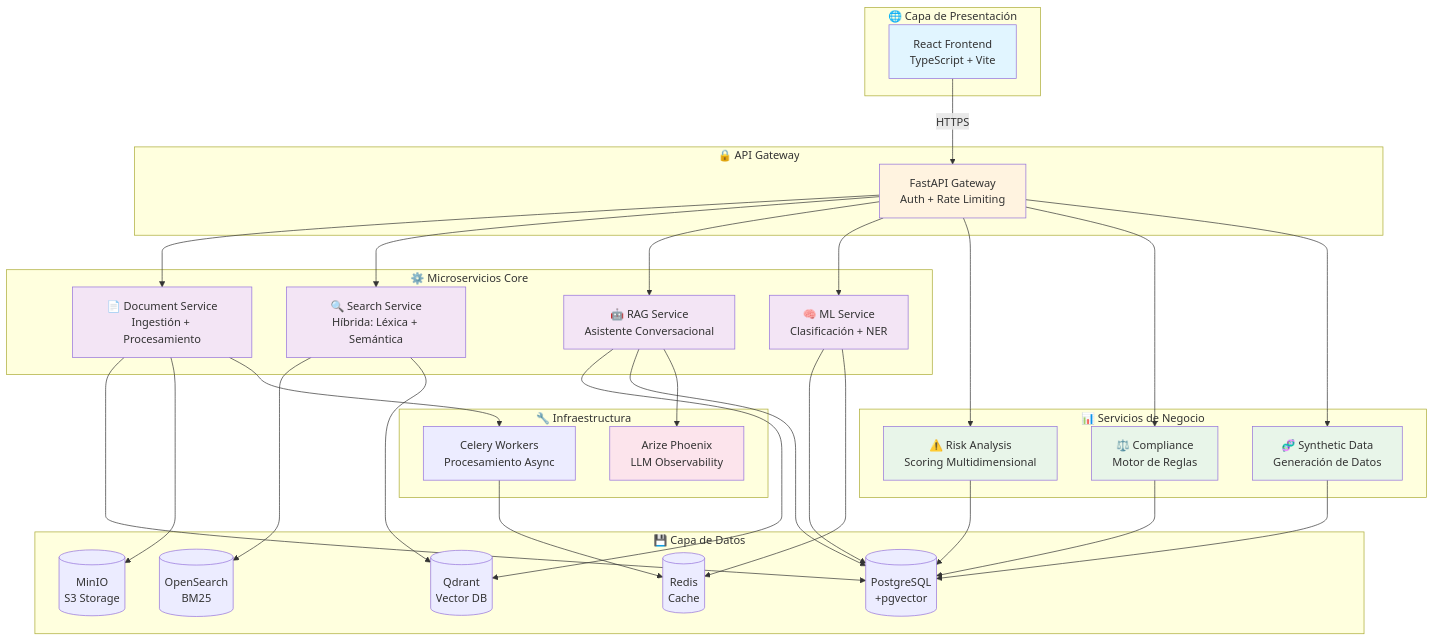
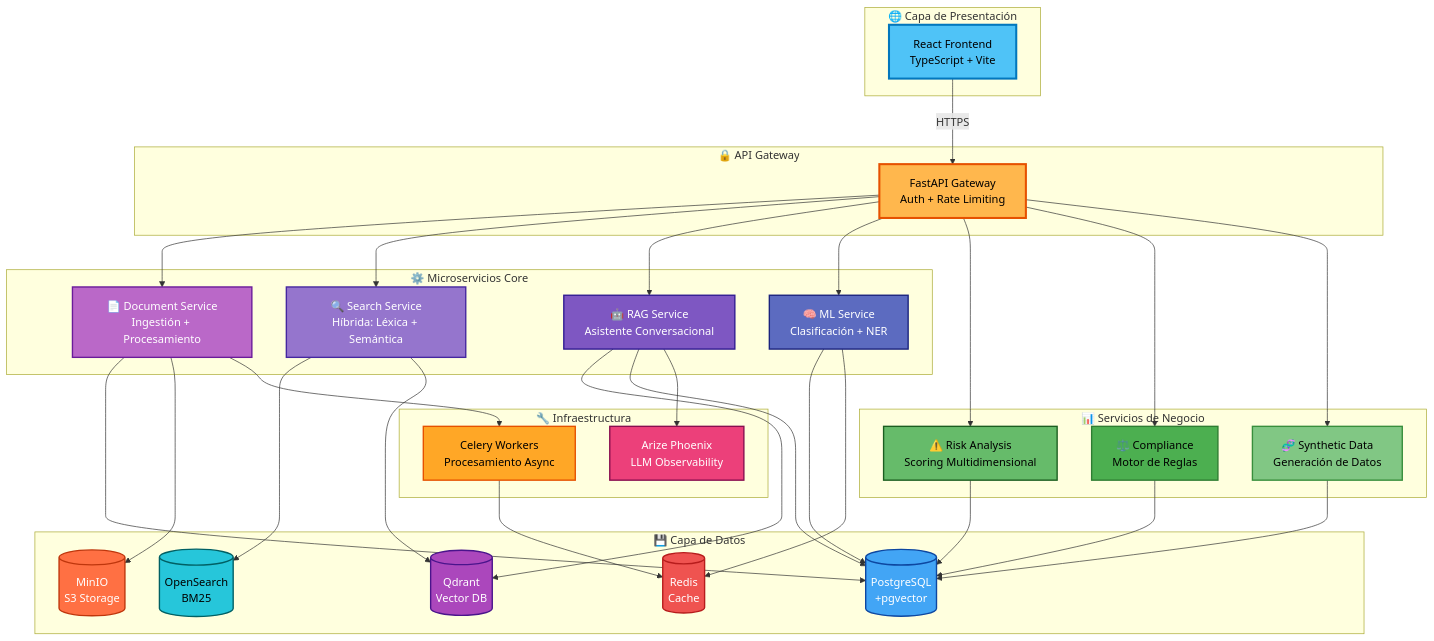
Before and after one commit to rjamoriz/Sistema-Corporativo-Documental-con-Capacidades-de-IA: the first of 3 diagrams in README.md, drawn with Mermaid. The commit also changed other lines of this file, not shown here.

Commit message:
Mejora colores de diagramas Mermaid para mejor visibilidad en modo oscuro

````diff
--- a/README.md
+++ b/README.md
@@ -49,76 +49,82 @@
 ```mermaid
 graph TB
     subgraph "🌐 Capa de Presentación"
         UI[React Frontend<br/>TypeScript + Vite]
     end
     
     subgraph "🔒 API Gateway"
         API[FastAPI Gateway<br/>Auth + Rate Limiting]
     end
     
     subgraph "⚙️ Microservicios Core"
         DOC[📄 Document Service<br/>Ingestión + Procesamiento]
         SEARCH[🔍 Search Service<br/>Híbrida: Léxica + Semántica]
         RAG[🤖 RAG Service<br/>Asistente Conversacional]
         ML[🧠 ML Service<br/>Clasificación + NER]
     end
     
     subgraph "📊 Servicios de Negocio"
         RISK[⚠️ Risk Analysis<br/>Scoring Multidimensional]
         COMP[⚖️ Compliance<br/>Motor de Reglas]
         SYNTH[🧬 Synthetic Data<br/>Generación de Datos]
     end
     
     subgraph "💾 Capa de Datos"
         PG[(PostgreSQL<br/>+pgvector)]
         OS[(OpenSearch<br/>BM25)]
         REDIS[(Redis<br/>Cache)]
         MINIO[(MinIO<br/>S3 Storage)]
         QDRANT[(Qdrant<br/>Vector DB)]
     end
     
     subgraph "🔧 Infraestructura"
         CELERY[Celery Workers<br/>Procesamiento Async]
         PHOENIX[Arize Phoenix<br/>LLM Observability]
     end
     
     UI -->|HTTPS| API
     API --> DOC
     API --> SEARCH
     API --> RAG
     API --> ML
     API --> RISK
     API --> COMP
     API --> SYNTH
     
     DOC --> PG
     DOC --> MINIO
     DOC --> CELERY
     
     SEARCH --> OS
     SEARCH --> QDRANT
     
     RAG --> QDRANT
     RAG --> PG
     RAG --> PHOENIX
     
     ML --> PG
     ML --> REDIS
     
     RISK --> PG
     COMP --> PG
     SYNTH --> PG
     
     CELERY --> REDIS
     
-    style UI fill:#e1f5ff
-    style API fill:#fff3e0
-    style DOC fill:#f3e5f5
-    style SEARCH fill:#f3e5f5
-    style RAG fill:#f3e5f5
-    style ML fill:#f3e5f5
-    style RISK fill:#e8f5e9
-    style COMP fill:#e8f5e9
-    style SYNTH fill:#e8f5e9
-    style PHOENIX fill:#fce4ec
+    style UI fill:#4FC3F7,stroke:#0277BD,stroke-width:3px,color:#000
+    style API fill:#FFB74D,stroke:#E65100,stroke-width:3px,color:#000
+    style DOC fill:#BA68C8,stroke:#6A1B9A,stroke-width:2px,color:#fff
+    style SEARCH fill:#9575CD,stroke:#4527A0,stroke-width:2px,color:#fff
+    style RAG fill:#7E57C2,stroke:#311B92,stroke-width:2px,color:#fff
+    style ML fill:#5C6BC0,stroke:#1A237E,stroke-width:2px,color:#fff
+    style RISK fill:#66BB6A,stroke:#1B5E20,stroke-width:2px,color:#000
+    style COMP fill:#4CAF50,stroke:#2E7D32,stroke-width:2px,color:#000
+    style SYNTH fill:#81C784,stroke:#388E3C,stroke-width:2px,color:#000
+    style PG fill:#42A5F5,stroke:#0D47A1,stroke-width:2px,color:#fff
+    style OS fill:#26C6DA,stroke:#006064,stroke-width:2px,color:#000
+    style REDIS fill:#EF5350,stroke:#B71C1C,stroke-width:2px,color:#fff
+    style MINIO fill:#FF7043,stroke:#BF360C,stroke-width:2px,color:#fff
+    style QDRANT fill:#AB47BC,stroke:#4A148C,stroke-width:2px,color:#fff
+    style CELERY fill:#FFA726,stroke:#E65100,stroke-width:2px,color:#000
+    style PHOENIX fill:#EC407A,stroke:#880E4F,stroke-width:2px,color:#fff
 ```
````
